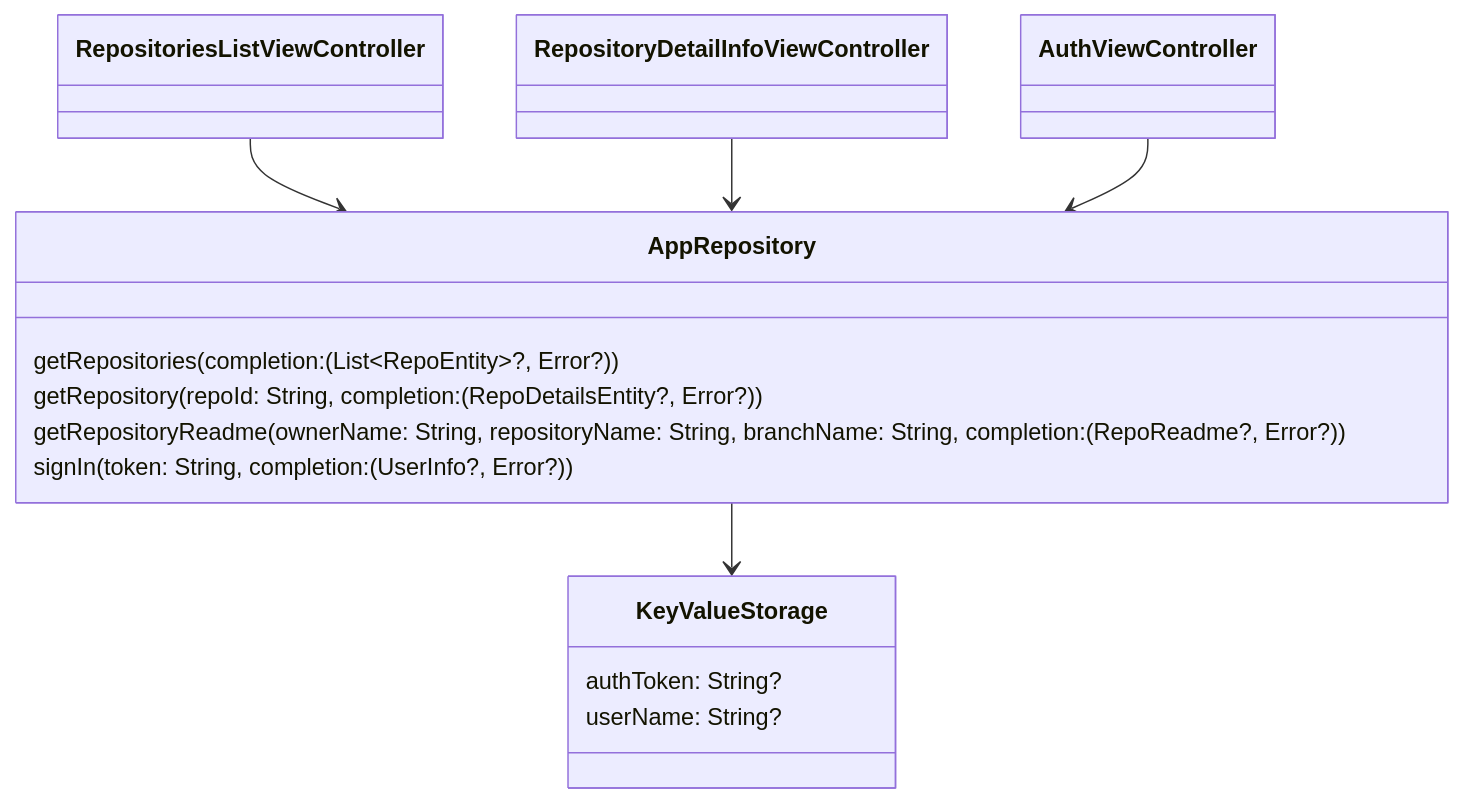
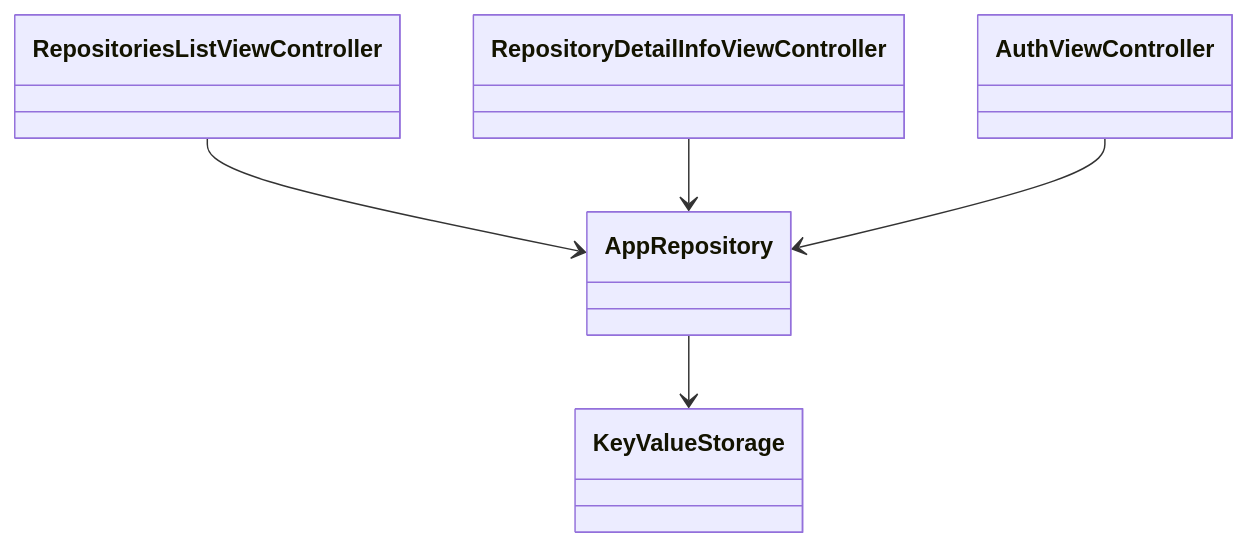
One commit to icerockdev/kmm.icerock.dev changed the diagram in university/2-ios-basics/practice.md. Above: the diagram before and after it, drawn with Mermaid. The commit also changed other lines of this file and 3 other files, not shown here.

````diff
--- a/university/2-ios-basics/practice.md
+++ b/university/2-ios-basics/practice.md
@@ -84,24 +84,16 @@
 ```mermaid
    classDiagram
    
    class RepositoriesListViewController:::ios
    class RepositoryDetailInfoViewController:::ios
    class AuthViewController:::ios
    
-   class AppRepository:::ios {
-      getRepositories(completion: (List~RepoEntity~?, Error?))
-      getRepository(repoId: String, completion: (RepoDetailsEntity?, Error?))
-      getRepositoryReadme(ownerName: String, repositoryName: String, branchName: String, completion: (RepoReadme?, Error?))
-      signIn(token: String, completion: (UserInfo?, Error?))
-   }
+   class AppRepository:::ios
    
-   class KeyValueStorage:::ios {
-      authToken: String?
-      userName: String?
-   }
+   class KeyValueStorage:::ios
    
    RepositoriesListViewController --> AppRepository
    RepositoryDetailInfoViewController --> AppRepository
    AuthViewController --> AppRepository
    AppRepository --> KeyValueStorage
 ```
````
